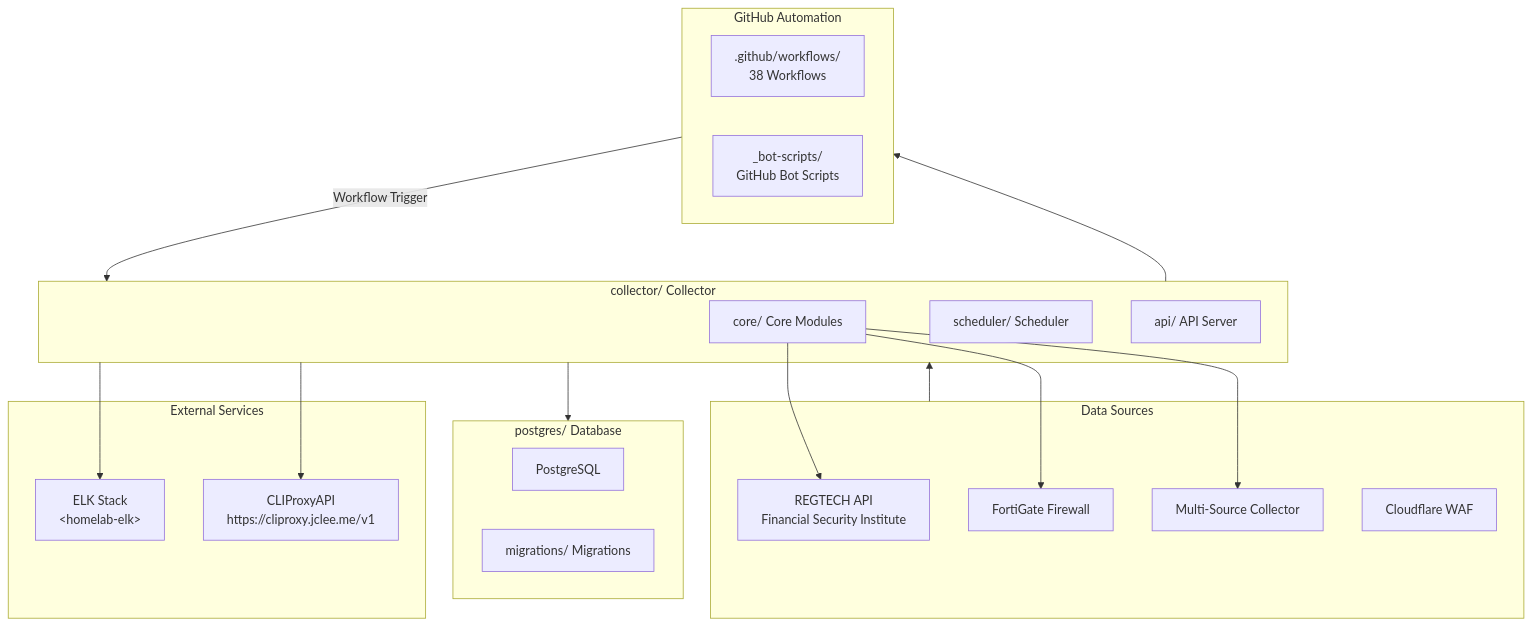
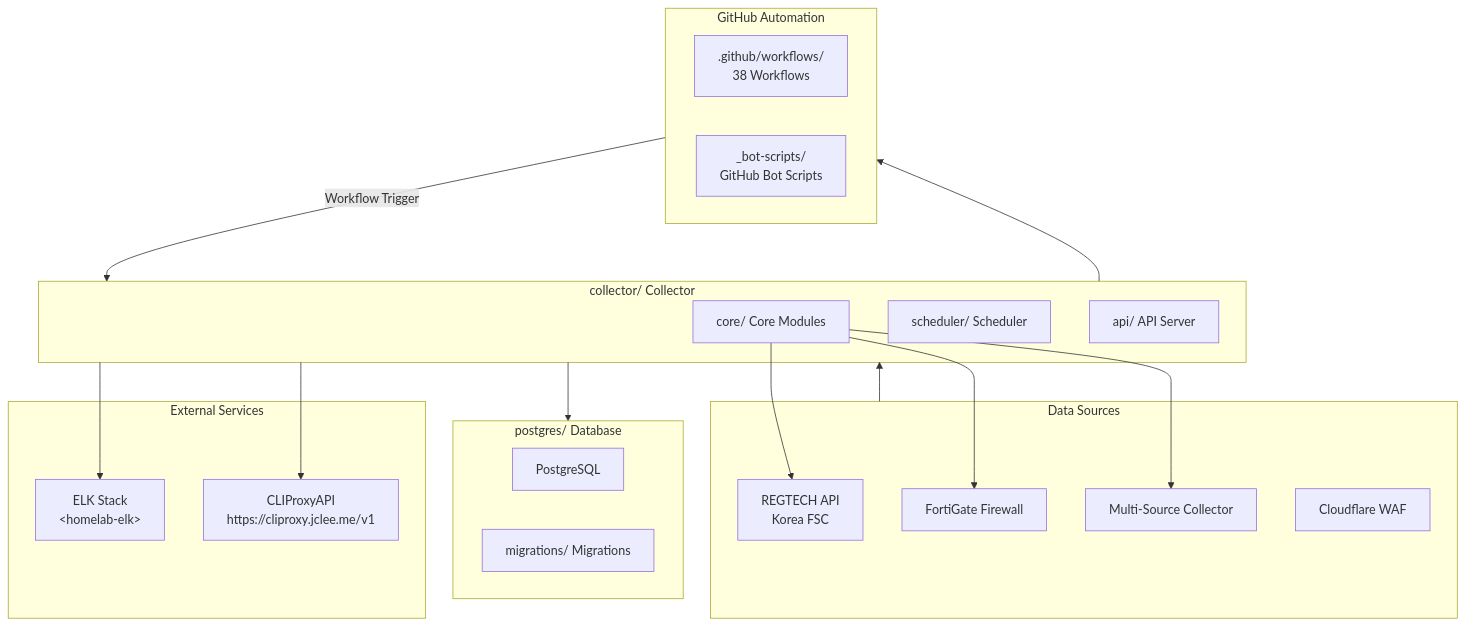
One commit to jclee941/blacklist changed the second of 2 diagrams in README.md. Above: the diagram before and after it, drawn with Mermaid. The commit also changed other lines of this file, not shown here.

````diff
--- a/README.md
+++ b/README.md
@@ -250,41 +320,41 @@
 ```mermaid
 flowchart TB
     subgraph DataSources["Data Sources"]
-        REGTECH["REGTECH API<br/>Financial Security Institute"]
+        REGTECH["REGTECH API<br/>Korea FSC"]
         FORTIGATE["FortiGate Firewall"]
         MULTI["Multi-Source Collector"]
         CLOUDFLARE["Cloudflare WAF"]
     end
 
     subgraph Collector["collector/ Collector"]
         CORE["core/ Core Modules"]
         SCHEDULER["scheduler/ Scheduler"]
         API["api/ API Server"]
         
         CORE --> FORTIGATE
         CORE --> REGTECH
         CORE --> MULTI
     end
 
     subgraph Database["postgres/ Database"]
         PG["PostgreSQL"]
         MIGRATIONS["migrations/ Migrations"]
     end
 
     subgraph GitHubAutomation["GitHub Automation"]
         WORKFLOWS[".github/workflows/<br/>38 Workflows"]
         BOTS["_bot-scripts/<br/>GitHub Bot Scripts"]
     end
 
     subgraph ExternalServices["External Services"]
         ELK["ELK Stack<br/>&lt;homelab-elk&gt;"]
         PROXY["CLIProxyAPI<br/>https://cliproxy.jclee.me/v1"]
     end
 
     DataSources --> Collector
     Collector --> Database
     Collector --> GitHubAutomation
     GitHubAutomation -->|"Workflow Trigger"| Collector
     Collector --> ELK
     Collector --> PROXY
 ```
````
